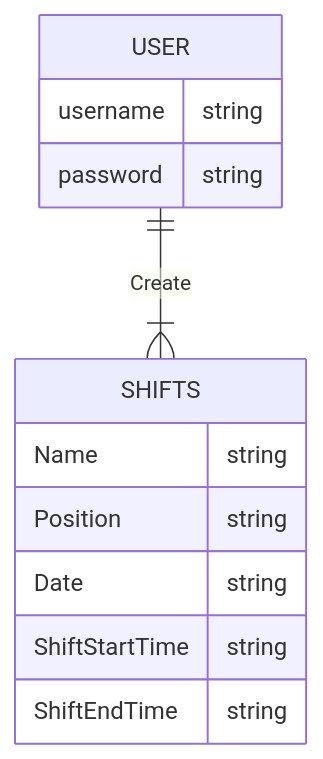
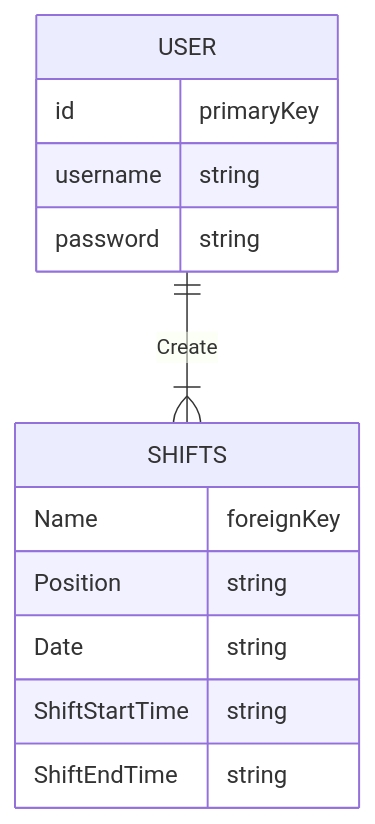
One commit to choisus08/project_4_backend changed the diagram in README.md. Above: the diagram before and after it, drawn with Mermaid. The commit also changed other lines of this file, not shown here.

Commit message:
finished erd

````diff
--- a/README.md
+++ b/README.md
@@ -32,15 +32,16 @@
 ``` mermaid
 erDiagram
     USER {
+        id primaryKey
         username string 
         password string
     }
     USER ||--|{ SHIFTS : Create
     SHIFTS {
-        Name string 
+        Name foreignKey
         Position string
         Date string 
         ShiftStartTime string 
         ShiftEndTime string 
     }
 ```
````
